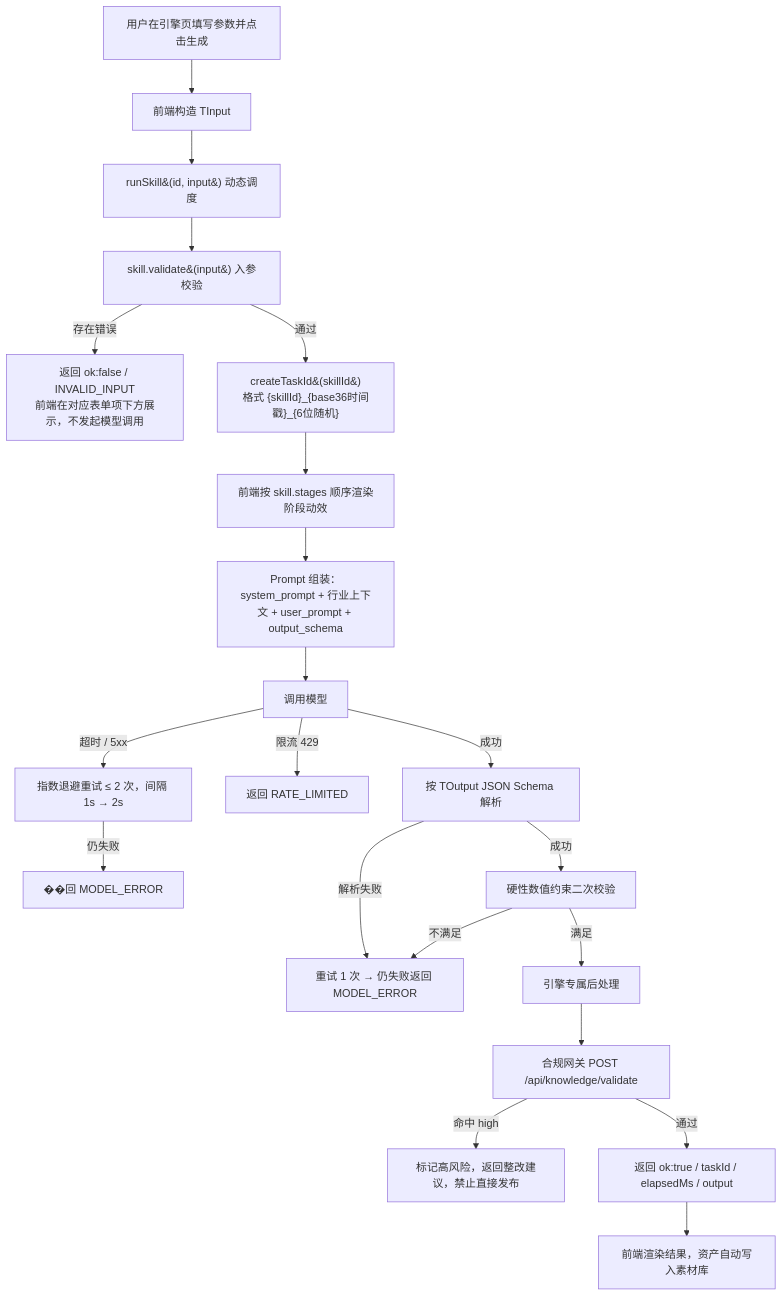
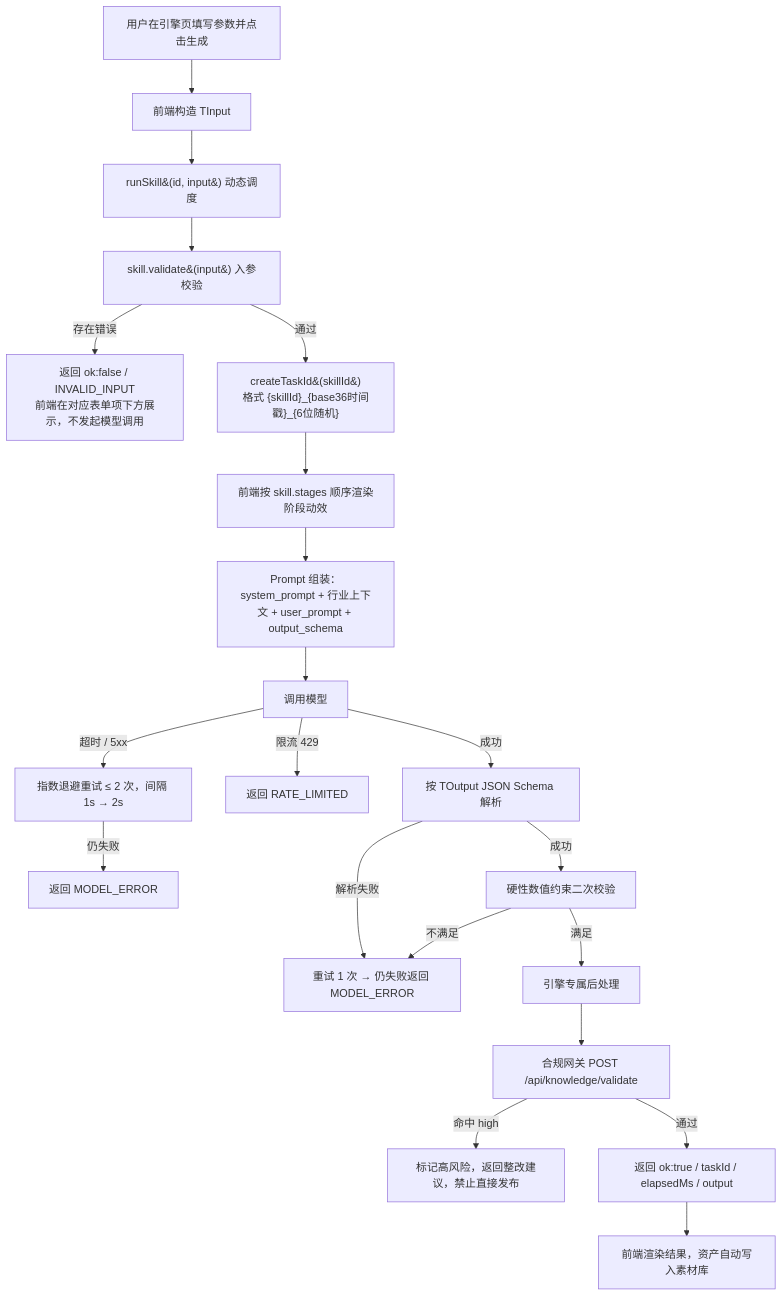
Before and after one commit to yangyang0723-ai/autoaigc: the first of 5 diagrams in docs/车智绘AutoAIGC-PRD-v2.0.md, drawn with Mermaid. The commit also changed other lines of this file and 2 other files, not shown here.

````diff
--- a/docs/车智绘AutoAIGC-PRD-v2.0.md
+++ b/docs/车智绘AutoAIGC-PRD-v2.0.md
@@ -242,23 +242,23 @@
 ```mermaid
 flowchart TD
   A[用户在引擎页填写参数并点击生成] --> B[前端构造 TInput]
   B --> C["runSkill&#40;id, input&#41; 动态调度"]
   C --> D["skill.validate&#40;input&#41; 入参校验"]
   D -- 存在错误 --> D1["返回 ok:false / INVALID_INPUT<br/>前端在对应表单项下方展示，不发起模型调用"]
   D -- 通过 --> E["createTaskId&#40;skillId&#41;<br/>格式 {skillId}_{base36时间戳}_{6位随机}"]
   E --> F[前端按 skill.stages 顺序渲染阶段动效]
   F --> G["Prompt 组装：system_prompt + 行业上下文 + user_prompt + output_schema"]
   G --> H[调用模型]
   H -- 超时 / 5xx --> H1[指数退避重试 ≤ 2 次，间隔 1s → 2s]
-  H1 -- 仍失败 --> H2[��回 MODEL_ERROR]
+  H1 -- 仍失败 --> H2[返回 MODEL_ERROR]
   H -- 限流 429 --> H3[返回 RATE_LIMITED]
   H -- 成功 --> I[按 TOutput JSON Schema 解析]
   I -- 解析失败 --> I1[重试 1 次 → 仍失败返回 MODEL_ERROR]
   I -- 成功 --> J[硬性数值约束二次校验]
   J -- 不满足 --> I1
   J -- 满足 --> K[引擎专属后处理]
   K --> L["合规网关 POST /api/knowledge/validate"]
   L -- 命中 high --> L1[标记高风险，返回整改建议，禁止直接发布]
   L -- 通过 --> M[返回 ok:true / taskId / elapsedMs / output]
   M --> N[前端渲染结果，资产自动写入素材库]
 ```
````
